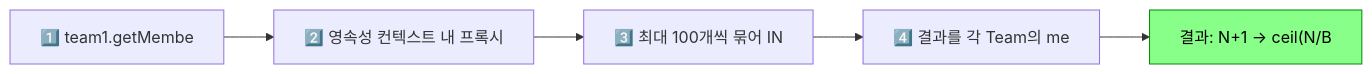
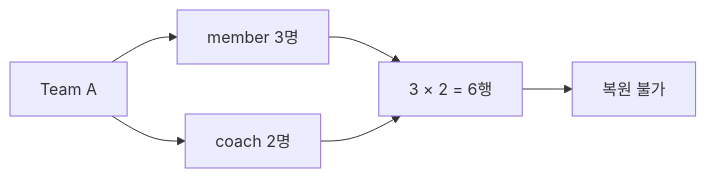
Before and after one commit to yjkim2015/yjkim2015.github.io: the second of 4 diagrams in _posts/jpa/2026-05-01-jpa-n-plus-1.md, drawn with Mermaid. The commit also changed other lines of this file and 4 other files, not shown here.

````diff
--- a/_posts/jpa/2026-05-01-jpa-n-plus-1.md
+++ b/_posts/jpa/2026-05-01-jpa-n-plus-1.md
@@ -271,10 +761,8 @@
 ```mermaid
 graph LR
-    ACC["1️⃣ team1.getMembe"]
-    COL["2️⃣ 영속성 컨텍스트 내 프록시"]
-    BATCH["3️⃣ 최대 100개씩 묶어 IN"]
-    FILL["4️⃣ 결과를 각 Team의 me"]
-    RES["결과: N+1 → ceil(N/B"]
-    style RES fill:#8f8,stroke:#080,color:#000
-    ACC --> COL --> BATCH --> FILL --> RES
+    A["Team A"] --> B["member 3명"]
+    A --> C["coach 2명"]
+    B --> D["3 × 2 = 6행"]
+    C --> D
+    D --> E["복원 불가"]
 ```
````
